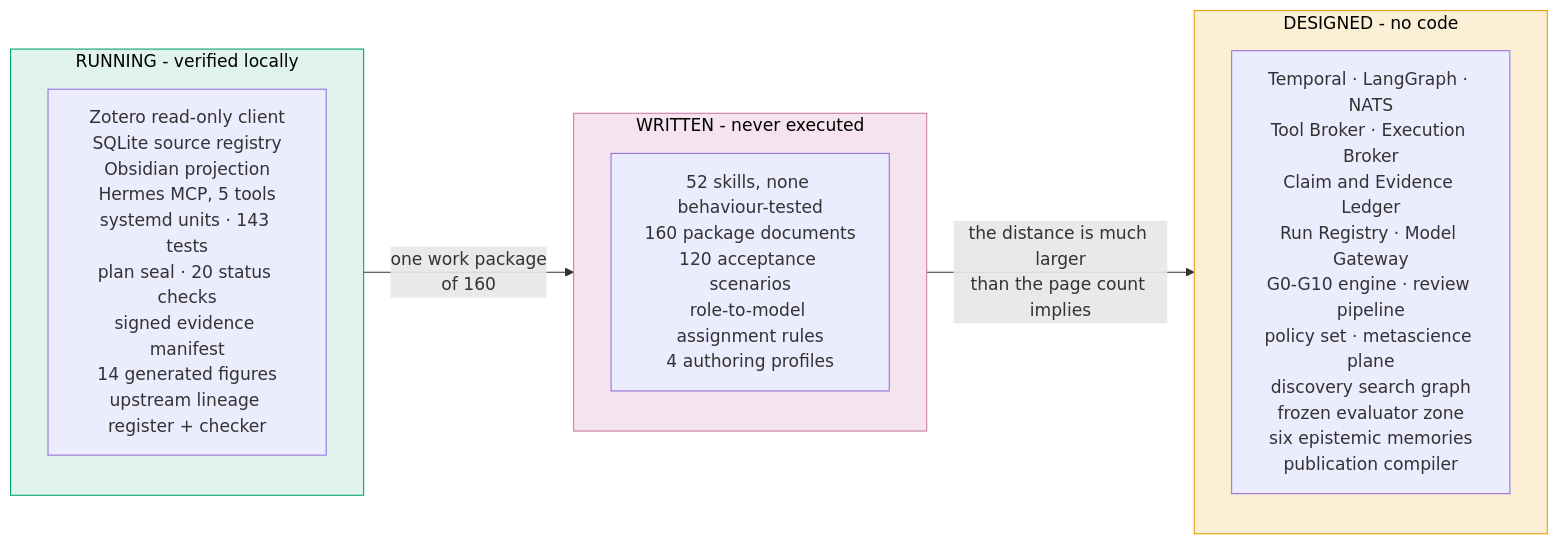
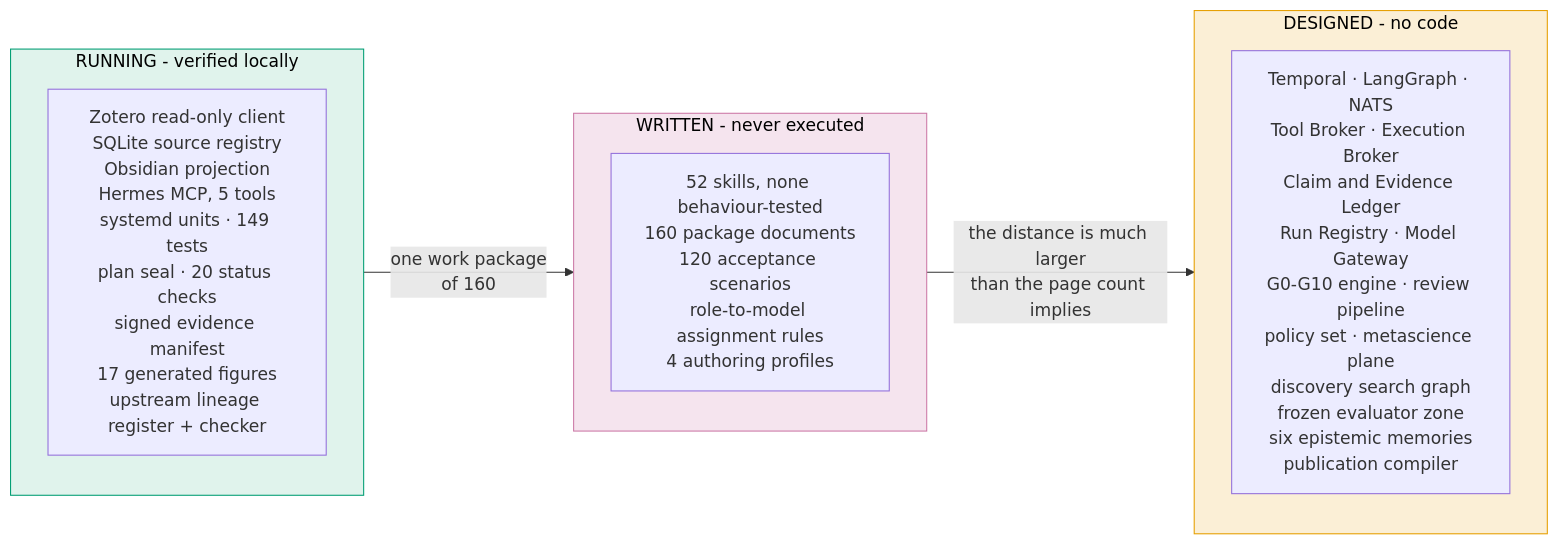
Before and after one commit to furkanhanilci/AETHRION: diagram 15 of 17 in README.md, drawn with Mermaid. The commit also changed other lines of this file and 55 other files, not shown here.

````diff
--- a/README.md
+++ b/README.md
@@ -894,17 +983,17 @@
 ```mermaid
 flowchart LR
     subgraph WORKING["RUNNING - verified locally"]
-        W["Zotero read-only client<br/>SQLite source registry<br/>Obsidian projection<br/>Hermes MCP, 5 tools<br/>systemd units · 143 tests<br/>plan seal · 20 status checks<br/>signed evidence manifest<br/>14 generated figures<br/>upstream lineage register + checker"]
+        W["Zotero read-only client<br/>SQLite source registry<br/>Obsidian projection<br/>Hermes MCP, 5 tools<br/>systemd units · 149 tests<br/>plan seal · 20 status checks<br/>signed evidence manifest<br/>17 generated figures<br/>upstream lineage register + checker"]
     end
     subgraph WRITTEN["WRITTEN - never executed"]
         S["52 skills, none behaviour-tested<br/>160 package documents<br/>120 acceptance scenarios<br/>role-to-model assignment rules<br/>4 authoring profiles"]
     end
     subgraph DESIGNED["DESIGNED - no code"]
         D["Temporal · LangGraph · NATS<br/>Tool Broker · Execution Broker<br/>Claim and Evidence Ledger<br/>Run Registry · Model Gateway<br/>G0-G10 engine · review pipeline<br/>policy set · metascience plane<br/>discovery search graph<br/>frozen evaluator zone<br/>six epistemic memories<br/>publication compiler"]
     end
     WORKING -->|"one work package<br/>of 160"| WRITTEN
     WRITTEN -->|"the distance is much larger<br/>than the page count implies"| DESIGNED
     style WORKING fill:#E0F3EC,stroke:#009E73,color:#000
     style WRITTEN fill:#F5E4EE,stroke:#CC79A7,color:#000
     style DESIGNED fill:#FBEFD6,stroke:#E69F00,color:#000
 ```
````
